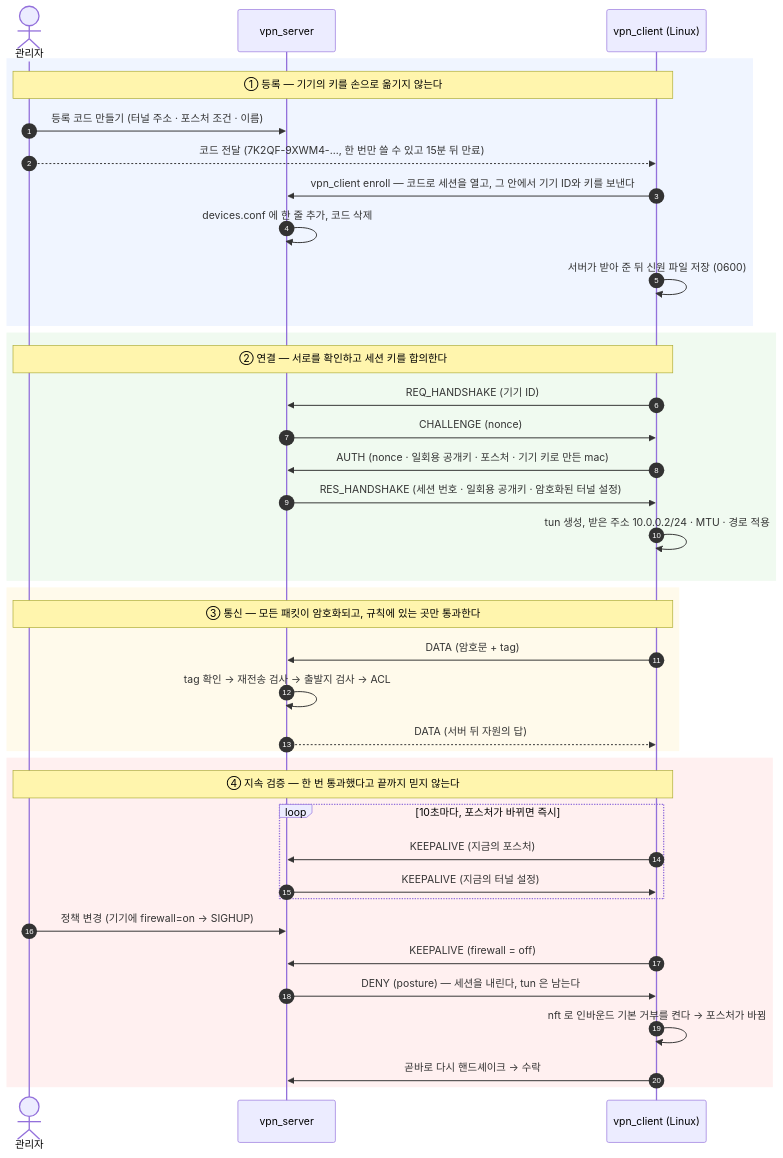
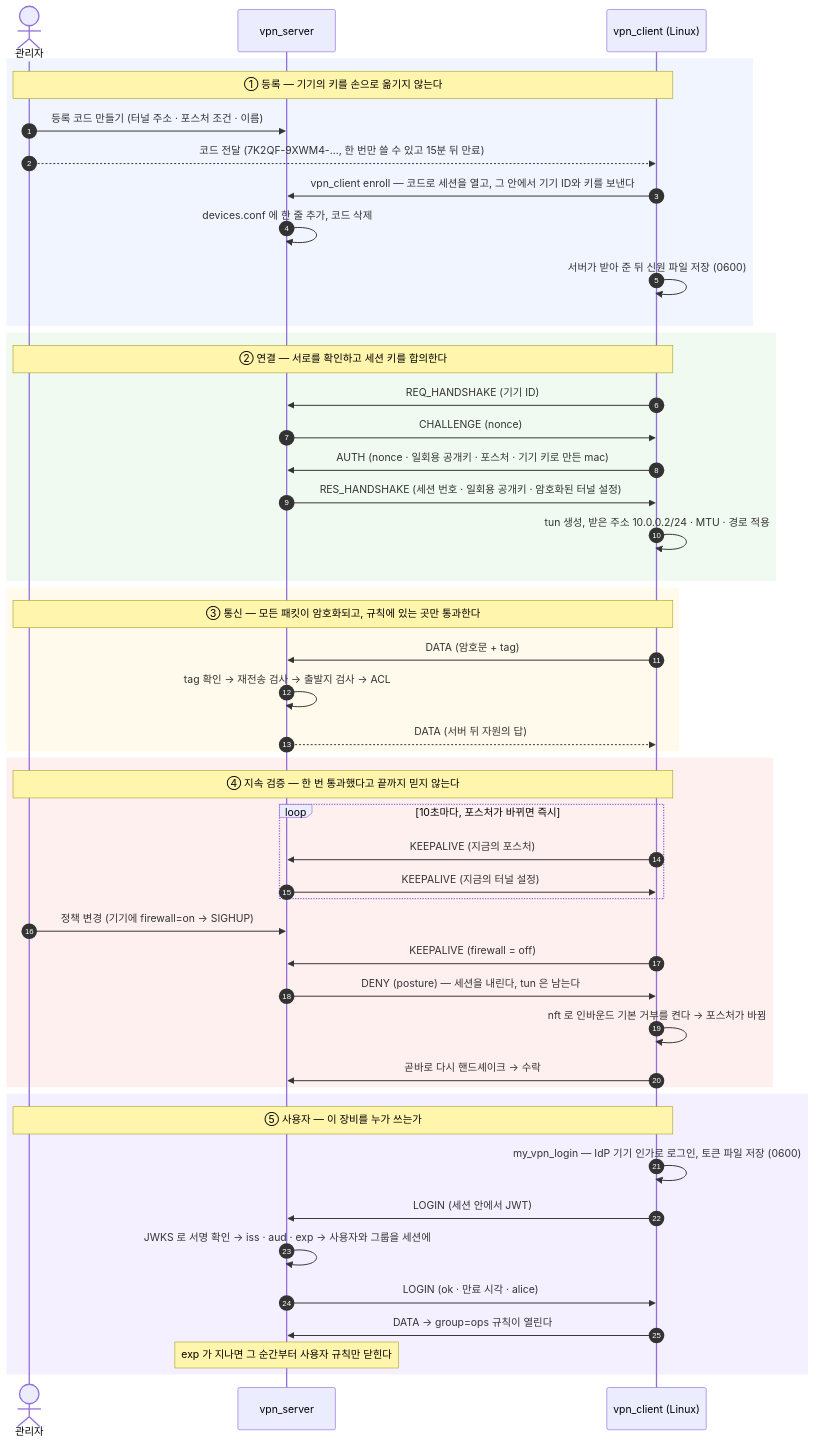
One commit to k1msatgat/my_vpn changed the second of 3 diagrams in README.md. Above: the diagram before and after it, drawn with Mermaid. The commit also changed other lines of this file and 28 other files, not shown here.

First line of the commit message:
사용자 로그인: 기기에 더해 그 기기를 누가 쓰는지를 본다 (프로토콜 v5)

````diff
--- a/README.md
+++ b/README.md
@@ -251,45 +314,55 @@
 ```mermaid
 sequenceDiagram
     autonumber
     actor A as 관리자
     participant S as vpn_server
     participant C as vpn_client (Linux)
 
     rect rgb(240, 245, 255)
     Note over A,C: ① 등록 — 기기의 키를 손으로 옮기지 않는다
     A->>S: 등록 코드 만들기 (터널 주소 · 포스처 조건 · 이름)
     A-->>C: 코드 전달 (7K2QF-9XWM4-…, 한 번만 쓸 수 있고 15분 뒤 만료)
     C->>S: vpn_client enroll — 코드로 세션을 열고, 그 안에서 기기 ID와 키를 보낸다
     S->>S: devices.conf 에 한 줄 추가, 코드 삭제
     C->>C: 서버가 받아 준 뒤 신원 파일 저장 (0600)
     end
 
     rect rgb(240, 250, 240)
     Note over A,C: ② 연결 — 서로를 확인하고 세션 키를 합의한다
     C->>S: REQ_HANDSHAKE (기기 ID)
     S->>C: CHALLENGE (nonce)
     C->>S: AUTH (nonce · 일회용 공개키 · 포스처 · 기기 키로 만든 mac)
     S->>C: RES_HANDSHAKE (세션 번호 · 일회용 공개키 · 암호화된 터널 설정)
     C->>C: tun 생성, 받은 주소 10.0.0.2/24 · MTU · 경로 적용
     end
 
     rect rgb(255, 250, 235)
     Note over A,C: ③ 통신 — 모든 패킷이 암호화되고, 규칙에 있는 곳만 통과한다
     C->>S: DATA (암호문 + tag)
     S->>S: tag 확인 → 재전송 검사 → 출발지 검사 → ACL
     S-->>C: DATA (서버 뒤 자원의 답)
     end
 
     rect rgb(255, 240, 240)
     Note over A,C: ④ 지속 검증 — 한 번 통과했다고 끝까지 믿지 않는다
     loop 10초마다, 포스처가 바뀌면 즉시
         C->>S: KEEPALIVE (지금의 포스처)
         S->>C: KEEPALIVE (지금의 터널 설정)
     end
     A->>S: 정책 변경 (기기에 firewall=on → SIGHUP)
     C->>S: KEEPALIVE (firewall = off)
     S->>C: DENY (posture) — 세션을 내린다, tun 은 남는다
     C->>C: nft 로 인바운드 기본 거부를 켠다 → 포스처가 바뀜
     C->>S: 곧바로 다시 핸드셰이크 → 수락
     end
+
+    rect rgb(245, 240, 255)
+    Note over A,C: ⑤ 사용자 — 이 장비를 누가 쓰는가
+    C->>C: my_vpn_login — IdP 기기 인가로 로그인, 토큰 파일 저장 (0600)
+    C->>S: LOGIN (세션 안에서 JWT)
+    S->>S: JWKS 로 서명 확인 → iss · aud · exp → 사용자와 그룹을 세션에
+    S->>C: LOGIN (ok · 만료 시각 · alice)
+    C->>S: DATA → group=ops 규칙이 열린다
+    Note over S: exp 가 지나면 그 순간부터 사용자 규칙만 닫힌다
+    end
 ```
````
